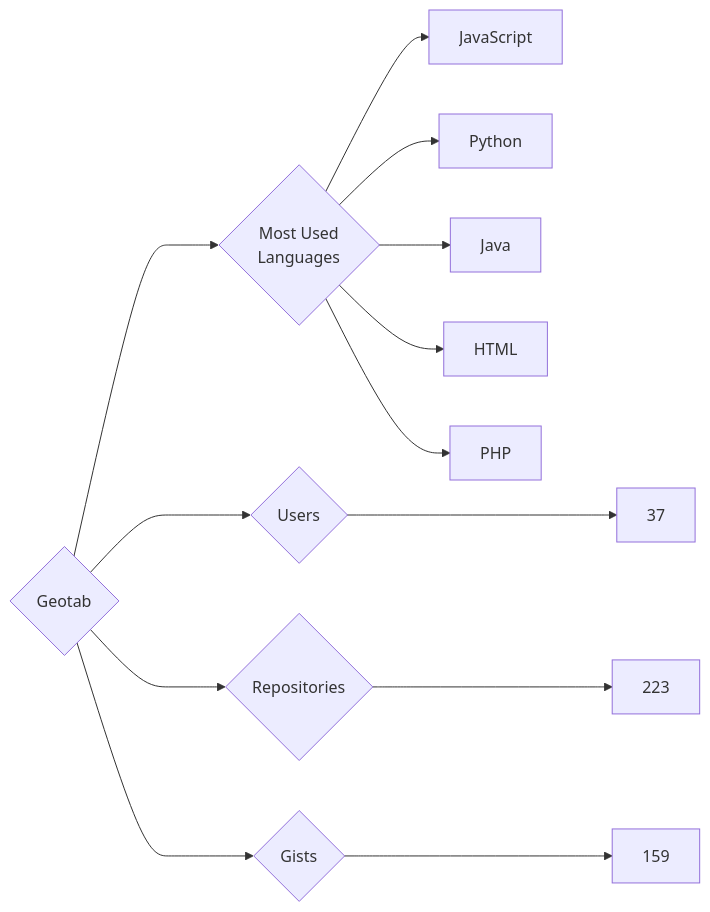
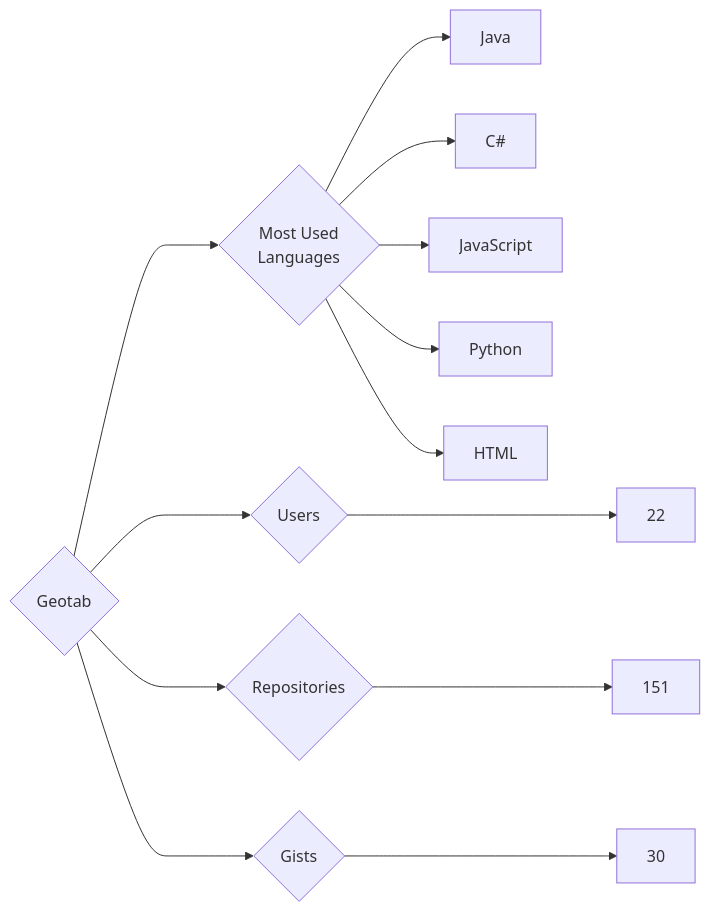
One commit to trickest/insiders changed the diagram in targets/Geotab/README.md. Above: the diagram before and after it, drawn with Mermaid. The commit also changed 951 other files, not shown here.

````diff
--- a/targets/Geotab/README.md
+++ b/targets/Geotab/README.md
@@ -3,13 +3,13 @@
 ```mermaid
 graph LR
 COMPANY_NAME{Geotab}
-COMPANY_NAME ---> U{Users} ---> UN[37]
-COMPANY_NAME ---> R{Repositories} ---> RN[223]
-COMPANY_NAME ---> G{Gists} ---> GN[159]
+COMPANY_NAME ---> U{Users} ---> UN[22]
+COMPANY_NAME ---> R{Repositories} ---> RN[151]
+COMPANY_NAME ---> G{Gists} ---> GN[30]
 COMPANY_NAME ---> ML{Most Used<br>Languages}
+ML --> Java[Java]
+ML --> C#[C#]
 ML --> JavaScript[JavaScript]
 ML --> Python[Python]
-ML --> Java[Java]
 ML --> HTML[HTML]
-ML --> PHP[PHP]
 ```
````
